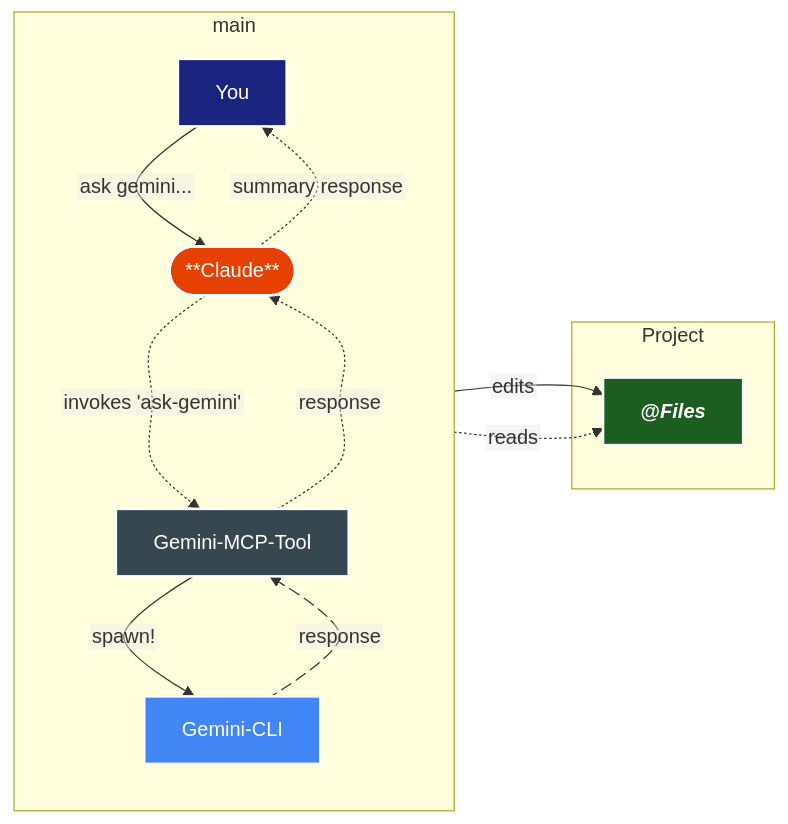
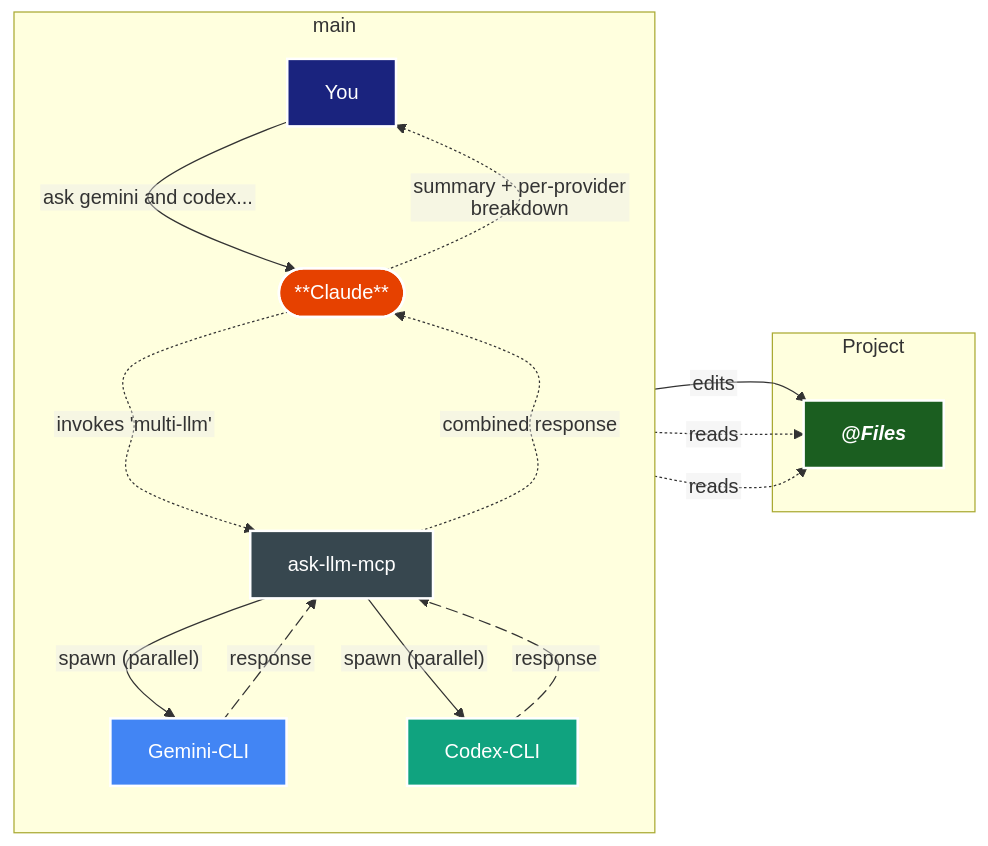
The diagram in apps/docs/concepts/how-it-works.md (Lykhoyda/ask-gemini-mcp), drawn with Mermaid before and after one commit. The commit also changed other lines of this file and 9 other files, not shown here.

First line of the commit message:
docs: Phase C — multi-provider rewrite of 10 Gemini-centric pages

````diff
--- a/apps/docs/concepts/how-it-works.md
+++ b/apps/docs/concepts/how-it-works.md
@@ -23,33 +26,39 @@
 ```mermaid
 ---
 config:
   flowchart:
     htmlLabels: false
     curve: cardinal
 ---
 flowchart LR
     subgraph main
         direction TB
-        A[You] --> |"ask gemini..."| B([**Claude**])
-        B -..-> |"invokes 'ask-gemini'"| C["Gemini-MCP-Tool"]
-        C --> |"spawn!"| D[Gemini-CLI]
+        A[You] --> |"ask gemini and codex..."| B([**Claude**])
+        B -..-> |"invokes 'multi-llm'"| C["ask-llm-mcp"]
+        C --> |"spawn (parallel)"| D[Gemini-CLI]
+        C --> |"spawn (parallel)"| E[Codex-CLI]
         D e1@-.-> |"response"| C
-        C -.-> |"response"| B
-        B -.-> |"summary response"| A
+        E e2@-.-> |"response"| C
+        C -.-> |"combined response"| B
+        B -.-> |"summary + per-provider breakdown"| A
         e1@{ animate: true }
+        e2@{ animate: true }
     end
     subgraph Project
-        B --> |"edits"| E["`**@*Files***`"]
-        D -.-> |"reads"| E
+        B --> |"edits"| F["`**@*Files***`"]
+        D -.-> |"reads"| F
+        E -.-> |"reads"| F
     end
     classDef userNode fill:#1a237e,stroke:#fff,color:#fff,stroke-width:2px
     classDef claudeNode fill:#e64100,stroke:#fff,color:#fff,stroke-width:2px
     classDef geminiNode fill:#4285f4,stroke:#fff,color:#fff,stroke-width:2px
+    classDef codexNode fill:#10a37f,stroke:#fff,color:#fff,stroke-width:2px
     classDef mcpNode fill:#37474f,stroke:#fff,color:#fff,stroke-width:2px
     classDef dataNode fill:#1b5e20,stroke:#fff,color:#fff,stroke-width:2px
     class A userNode
     class B claudeNode
     class C mcpNode
     class D geminiNode
-    class E dataNode
+    class E codexNode
+    class F dataNode
 ```
````
